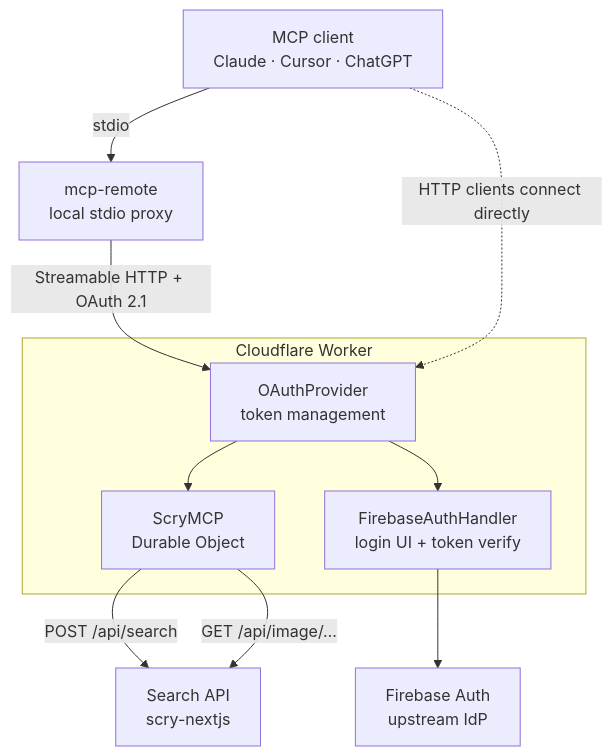
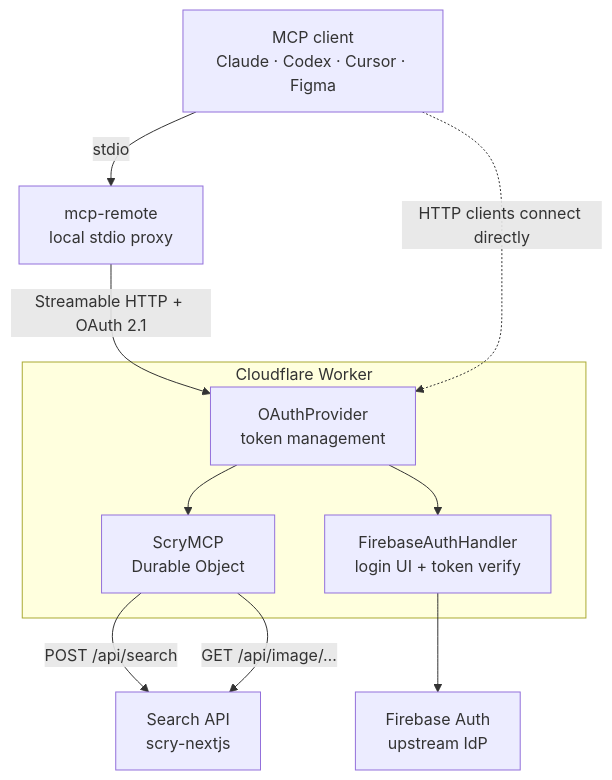
Before and after one commit to epinnock/scry-docs: the diagram in services/mcp-server/index.md, drawn with Mermaid. The commit also changed 2 other files, not shown here.

Commit message:
docs(mcp): add Codex and Figma connection steps (#7)
Codex: codex mcp add/login, the IDE extension and desktop app (they share
~/.codex/config.toml), how to verify, and the tool-approval setting that
non-interactive runs need. Figma: the custom connector steps, plan and
admin requirements, enabling the tools, and passing a project id the agent
cannot read from a repository.

Troubleshooting gains the two failures both clients hit in practice: a
loopback OAuth callback that cannot reach a remote machine, and tools that
are connected but switched off.

The service docs now say how clients register — metadata document for
Claude Code and Codex, dynamic registration for the rest — because turning
either off breaks sign-in for one group of clients.

````diff
--- a/services/mcp-server/index.md
+++ b/services/mcp-server/index.md
@@ -20,21 +20,21 @@
 ```mermaid
 flowchart TD
-    Client["MCP client<br/>Claude · Cursor · ChatGPT"]
+    Client["MCP client<br/>Claude · Codex · Cursor · Figma"]
     Remote["mcp-remote<br/>local stdio proxy"]
     subgraph Worker["Cloudflare Worker"]
         OAuth["OAuthProvider<br/>token management"]
         FB["FirebaseAuthHandler<br/>login UI + token verify"]
         DO["ScryMCP<br/>Durable Object"]
     end
     Firebase["Firebase Auth<br/>upstream IdP"]
     Search["Search API<br/>scry-nextjs"]
 
     Client -->|stdio| Remote
     Remote -->|Streamable HTTP + OAuth 2.1| OAuth
     Client -.->|HTTP clients connect directly| OAuth
     OAuth --> DO
     FB --> Firebase
     OAuth --> FB
     DO -->|POST /api/search| Search
     DO -->|GET /api/image/…| Search
 ```
````
